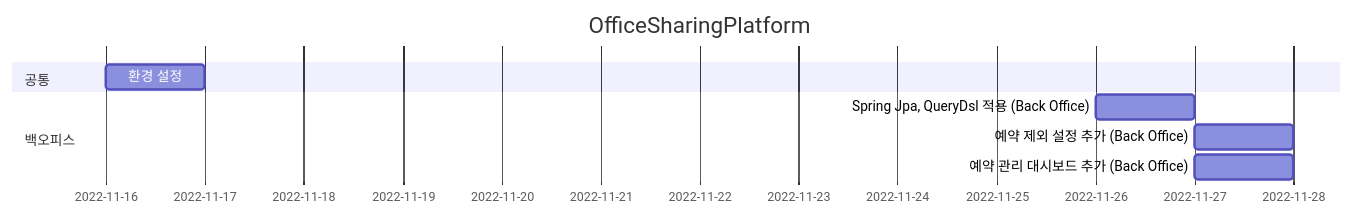
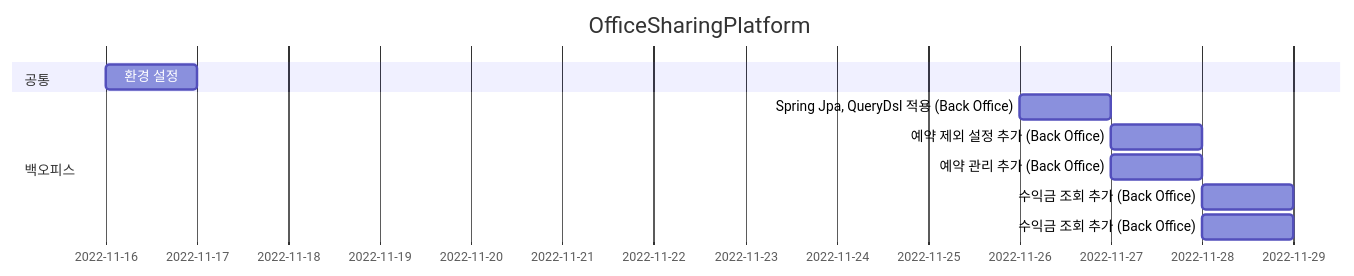
Before and after one commit to Hell-O-Demon-World/BackOfficeTest: the diagram in README.md, drawn with Mermaid. The commit also changed 15 other files, not shown here.

````diff
--- a/README.md
+++ b/README.md
@@ -11,14 +11,16 @@
 ```mermaid
 gantt
 dateFormat MM-DD
 title OfficeSharingPlatform
 
     section 공통
     환경 설정             :chap1, 11-16, 1d
 
     section 백오피스
     Spring Jpa, QueryDsl 적용 (Back Office) : chap1, 11-26, 1d
     예약 제외 설정 추가 (Back Office)           : chap2, 11-27, 1d
-    예약 관리 대시보드 추가 (Back Office)        : chap3, 11-27, 1d
+    예약 관리 추가 (Back Office)               : chap3, 11-27, 1d
+    수익금 조회 추가 (Back Office)              : chap4, 11-28, 1d
+    수익금 조회 추가 (Back Office)              : chap4, 11-28, 1d
 
 ```
````
